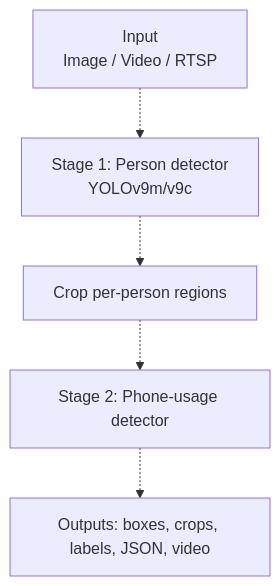
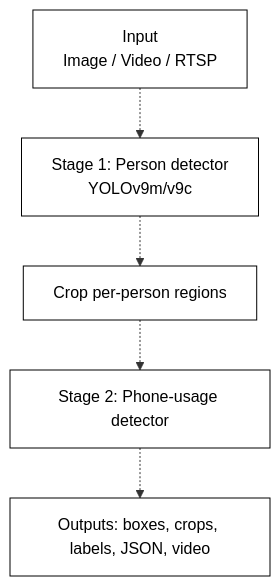
Before and after one commit to laminhtrung/mobile_using_detection: the diagram in README.md, drawn with Mermaid.

Commit message:
Add the draw of pipeline

````diff
--- a/README.md
+++ b/README.md
@@ -75,7 +75,10 @@
 ```mermaid
 flowchart TD
   A["Input<br/>Image / Video / RTSP"] -.-> B["Stage 1: Person detector<br/>YOLOv9m/v9c"]
   B -.-> C[Crop per-person regions]
   C -.-> D["Stage 2: Phone-usage detector"]
   D -.-> E["Outputs: boxes, crops, labels, JSON, video"]
+
+  classDef bw fill:#ffffff,stroke:#000000,color:#000000;
+  class A,B,C,D,E bw;
 ```
````
